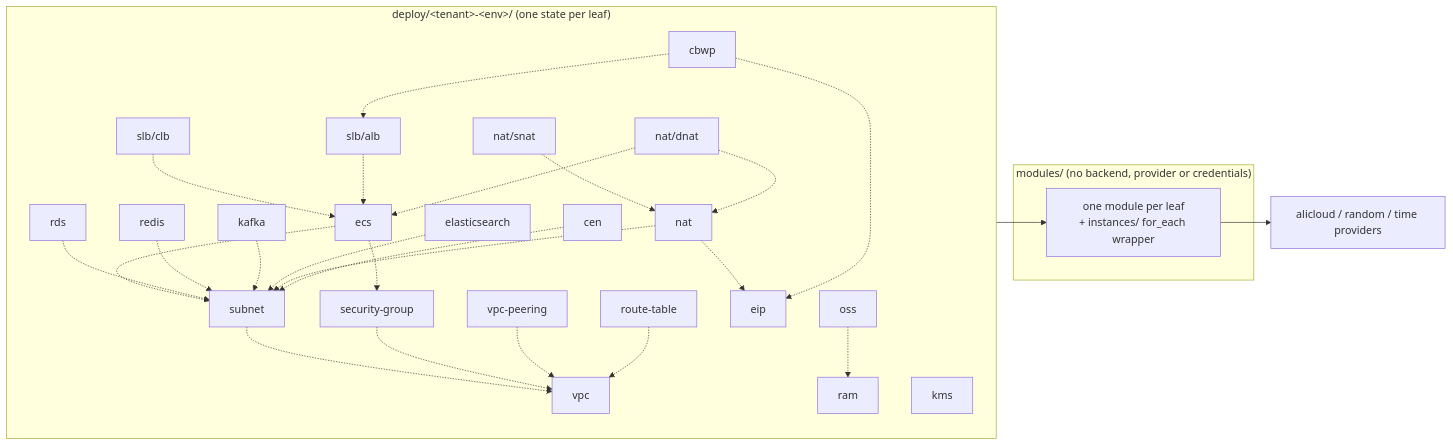
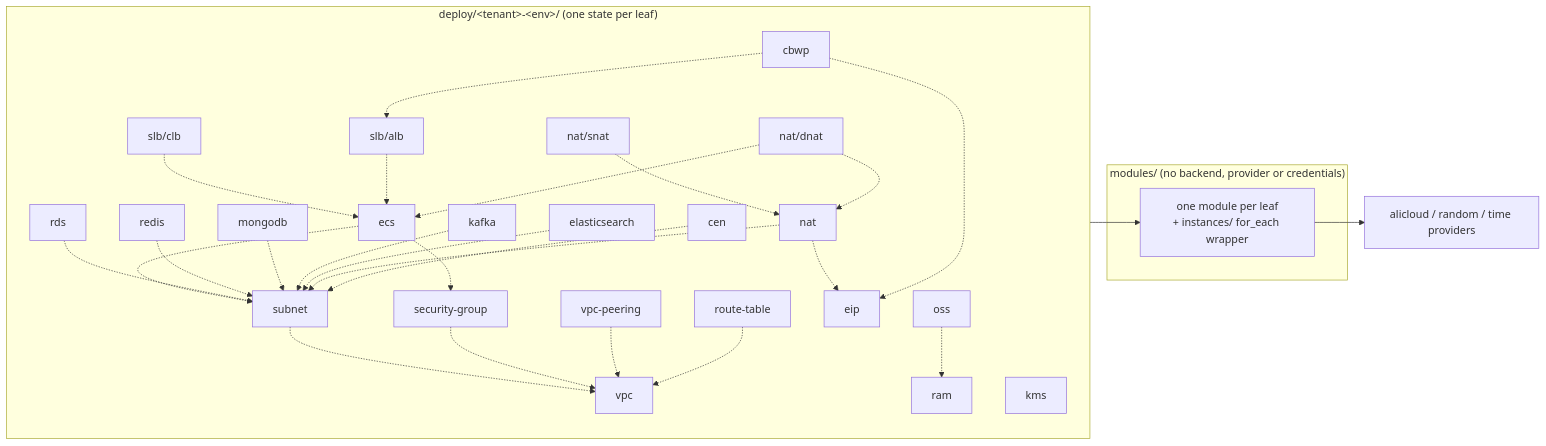
One commit to dimaskiddo/tofu-alibaba changed the first of 4 diagrams in docs/ARCHITECTURE.md. Above: the diagram before and after it, drawn with Mermaid. The commit also changed other lines of this file and 23 other files, not shown here.

````diff
--- a/docs/ARCHITECTURE.md
+++ b/docs/ARCHITECTURE.md
@@ -11,55 +11,57 @@
 ```mermaid
 graph LR
     subgraph deploy["deploy/&lt;tenant&gt;-&lt;env&gt;/ (one state per leaf)"]
         L_vpc["vpc"]
         L_kms["kms"]
         L_ram["ram"]
         L_eip["eip"]
         L_subnet["subnet"]
         L_sg["security-group"]
         L_peer["vpc-peering"]
         L_oss["oss"]
         L_ecs["ecs"]
         L_rds["rds"]
         L_redis["redis"]
+        L_mongodb["mongodb"]
         L_kafka["kafka"]
         L_es["elasticsearch"]
         L_nat["nat"]
         L_cen["cen"]
         L_snat["nat/snat"]
         L_dnat["nat/dnat"]
         L_clb["slb/clb"]
         L_alb["slb/alb"]
         L_rt["route-table"]
         L_cbwp["cbwp"]
     end
 
     subgraph modules["modules/ (no backend, provider or credentials)"]
         M["one module per leaf<br/>+ instances/ for_each wrapper"]
     end
 
     deploy --> M
     M --> P["alicloud / random / time providers"]
 
     L_subnet -.-> L_vpc
     L_sg -.-> L_vpc
     L_peer -.-> L_vpc
     L_oss -.-> L_ram
     L_ecs -.-> L_subnet
     L_ecs -.-> L_sg
     L_rds -.-> L_subnet
     L_redis -.-> L_subnet
+    L_mongodb -.-> L_subnet
     L_kafka -.-> L_subnet
     L_es -.-> L_subnet
     L_nat -.-> L_subnet
     L_nat -.-> L_eip
     L_cen -.-> L_subnet
     L_snat -.-> L_nat
     L_clb -.-> L_ecs
     L_alb -.-> L_ecs
     L_rt -.-> L_vpc
     L_cbwp -.-> L_eip
     L_cbwp -.-> L_alb
     L_dnat -.-> L_nat
     L_dnat -.-> L_ecs
 ```
````
